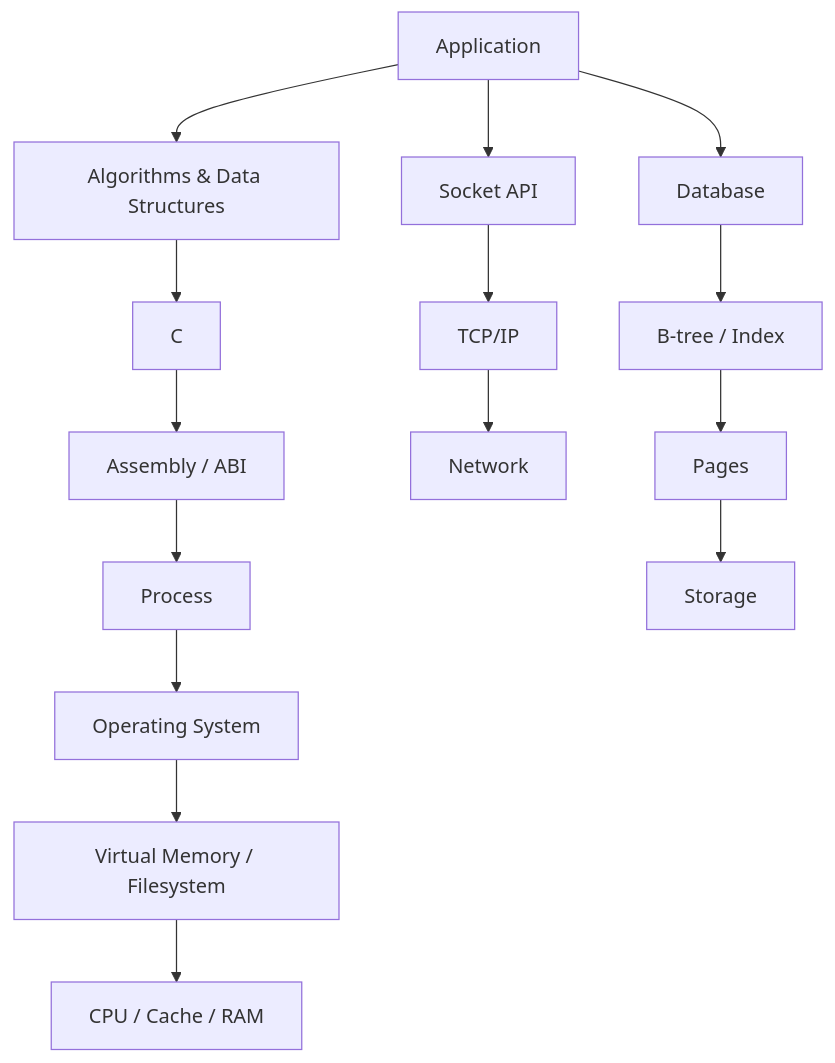
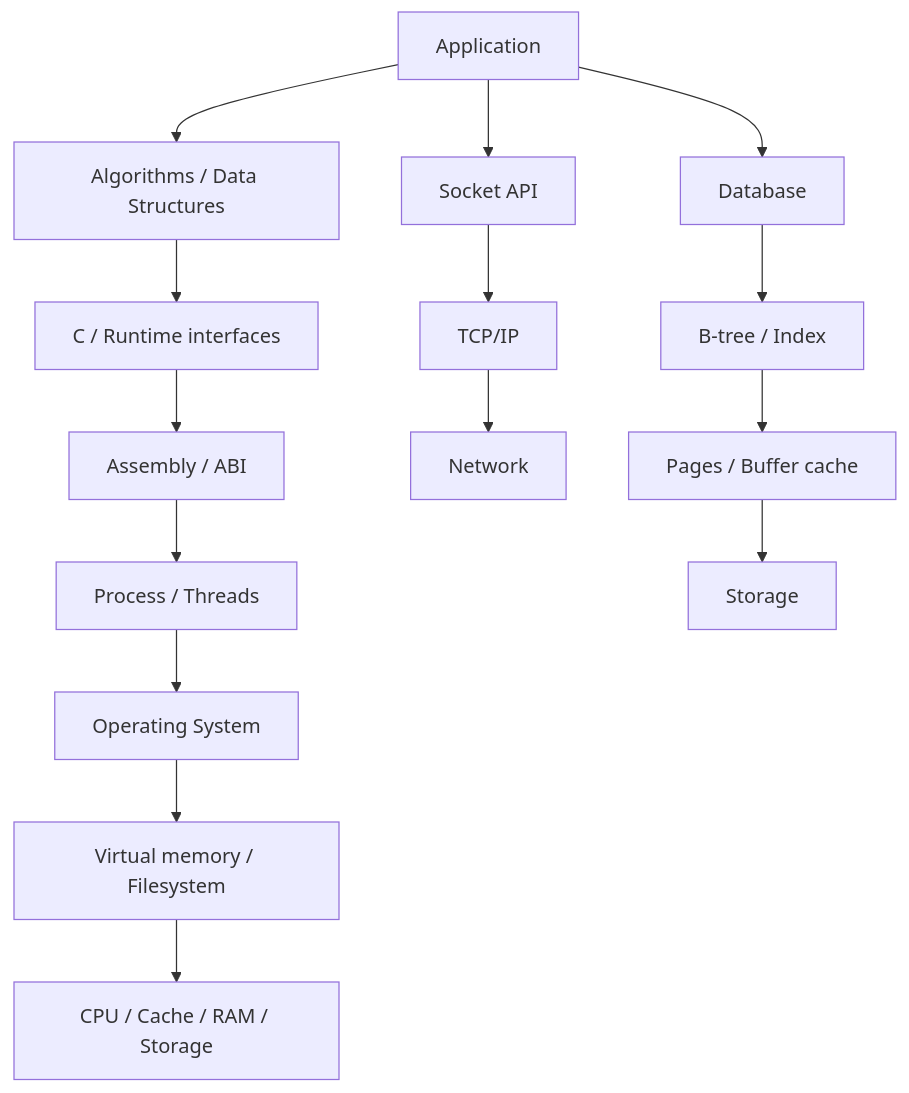
Before and after one commit to Ramzes8981/project-based-learning: the sixth of 6 diagrams in SYSTEMS_ENGINEERING_ROADMAP.md, drawn with Mermaid. The commit also changed other lines of this file, not shown here.

Commit message:
refactor roadmap around incremental projects and CS core

````diff
--- a/SYSTEMS_ENGINEERING_ROADMAP.md
+++ b/SYSTEMS_ENGINEERING_ROADMAP.md
@@ -692,19 +1035,19 @@
 ```mermaid
 flowchart TD
-    APP[Application] --> ALG[Algorithms & Data Structures]
-    ALG --> C[C]
+    APP[Application] --> ADS[Algorithms / Data Structures]
+    ADS --> C[C / Runtime interfaces]
     C --> ABI[Assembly / ABI]
-    ABI --> PROC[Process]
+    ABI --> PROC[Process / Threads]
     PROC --> OS[Operating System]
-    OS --> VMEM[Virtual Memory / Filesystem]
-    VMEM --> HW[CPU / Cache / RAM]
+    OS --> VMEM[Virtual memory / Filesystem]
+    VMEM --> HW[CPU / Cache / RAM / Storage]
 
     APP --> SOCK[Socket API]
     SOCK --> TCP[TCP/IP]
     TCP --> NET[Network]
 
     APP --> DB[Database]
     DB --> BT[B-tree / Index]
-    BT --> PG[Pages]
+    BT --> PG[Pages / Buffer cache]
     PG --> ST[Storage]
 ```
````
